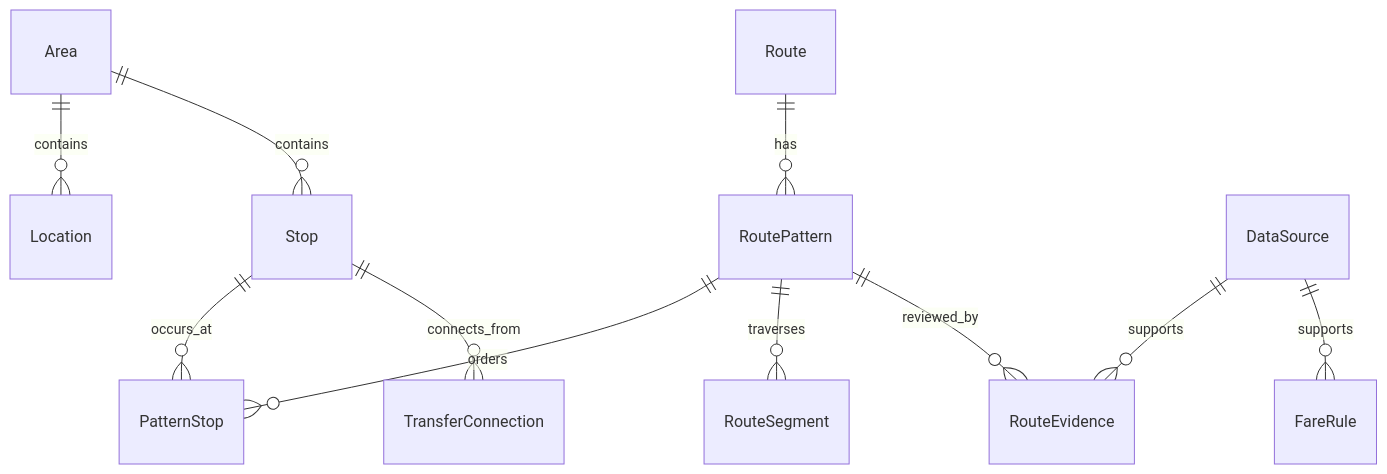
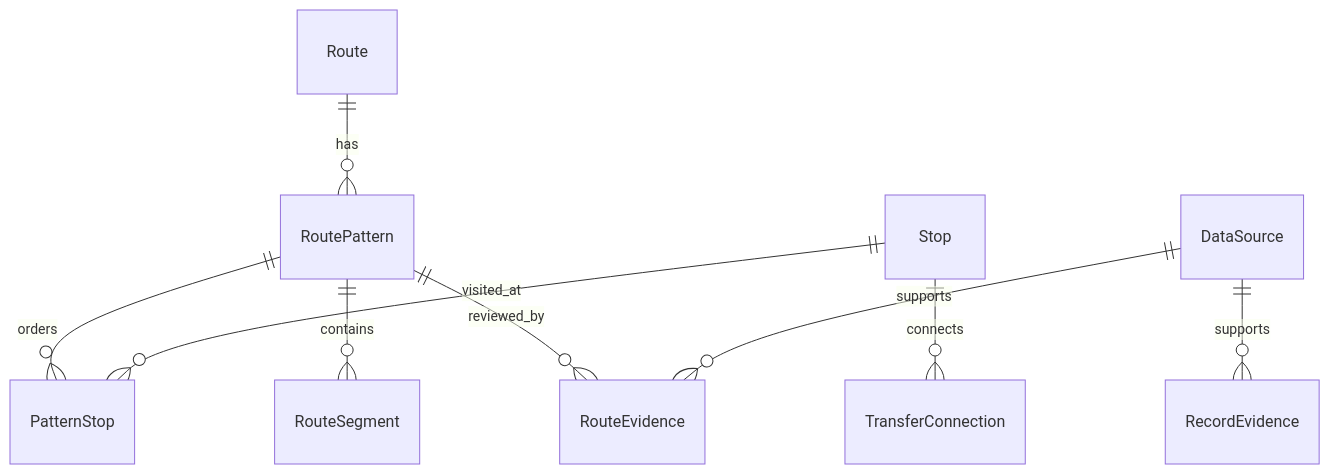
Before and after one commit to Sherilyn19/PadungGo: the diagram in docs/DATABASE_DESIGN.md, drawn with Mermaid. The commit also changed other lines of this file and 29 other files, not shown here.

````diff
--- a/docs/DATABASE_DESIGN.md
+++ b/docs/DATABASE_DESIGN.md
@@ -34,13 +26,11 @@
 ```mermaid
 erDiagram
-    Area ||--o{ Location : contains
-    Area ||--o{ Stop : contains
     Route ||--o{ RoutePattern : has
     RoutePattern ||--o{ PatternStop : orders
-    Stop ||--o{ PatternStop : occurs_at
-    RoutePattern ||--o{ RouteSegment : traverses
+    Stop ||--o{ PatternStop : visited_at
+    RoutePattern ||--o{ RouteSegment : contains
+    Stop ||--o{ TransferConnection : connects
     RoutePattern ||--o{ RouteEvidence : reviewed_by
     DataSource ||--o{ RouteEvidence : supports
-    DataSource ||--o{ FareRule : supports
-    Stop ||--o{ TransferConnection : connects_from
+    DataSource ||--o{ RecordEvidence : supports
 ```
````
